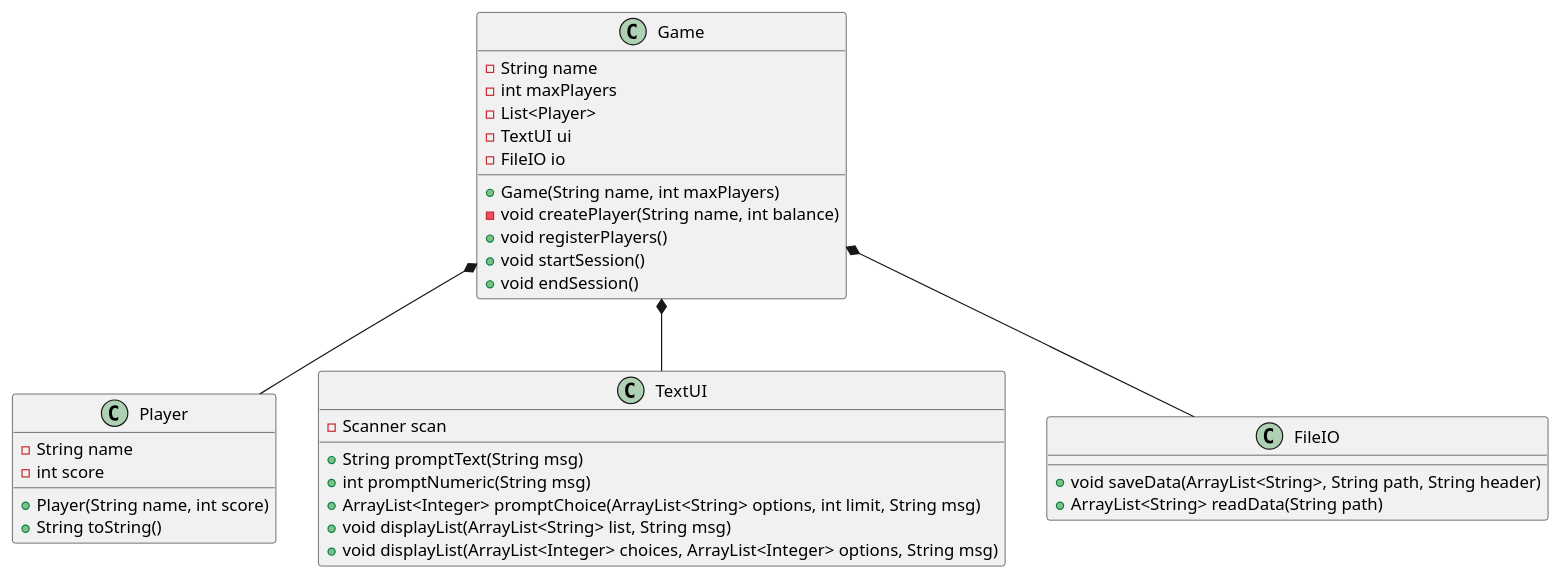
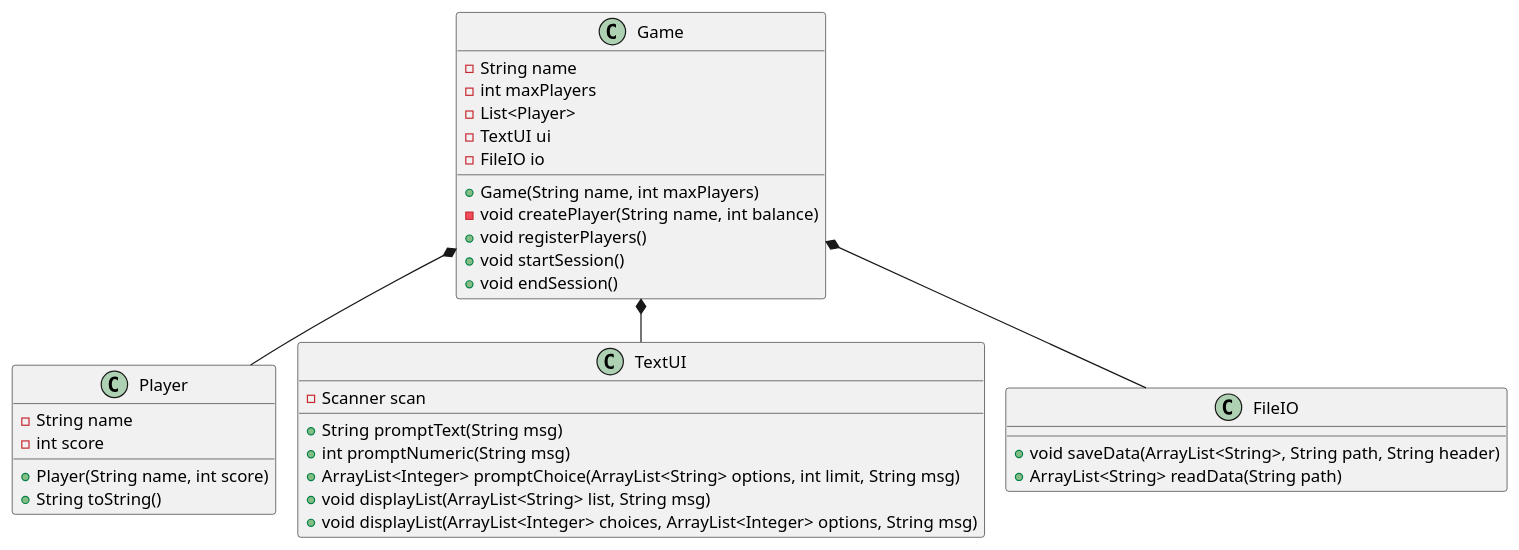
The diagram in doc/classdiagram_v0.puml (ojeda-hall/MonopolyF25), drawn with PlantUML before and after one commit. The commit also changed 3 other files, not shown here.

```diff
--- a/doc/classdiagram_v0.puml
+++ b/doc/classdiagram_v0.puml
@@ -1,52 +1,53 @@
 @startuml
+!pragma Layout smetana
 'https://plantuml.com/class-diagram
 
 class Game
 class Player
 
 
 Game *-- Player
 Game *-- TextUI
 Game *-- FileIO
 
 
 
 class Game {
 - String name
 - int maxPlayers
 - List<Player>
 - TextUI ui
 - FileIO io
 + Game(String name, int maxPlayers)
 - void createPlayer(String name, int balance)
 + void registerPlayers()
 + void startSession()
 + void endSession()
 
 }
 class Player {
 - String name
 - int score
 + Player(String name, int score)
 + String toString()
 }
 
 class TextUI {
 - Scanner scan
 ' shows a message and returns the user's input as a String
 + String promptText(String msg)
 ' shows a message and returns the user's input as an integer
 + int promptNumeric(String msg)
 ' shows the options, promts for choices until limit is reached, and returns the user's choices as a list
 + ArrayList<Integer> promptChoice(ArrayList<String> options, int limit, String msg)
 ' shows a message and lists the content of a list
 + void displayList(ArrayList<String> list, String msg)
 + void displayList(ArrayList<Integer> choices, ArrayList<Integer> options, String msg)
 }
 
 class FileIO{
 + void saveData(ArrayList<String>, String path, String header)
 + ArrayList<String> readData(String path)
 }
 
 @enduml
```
